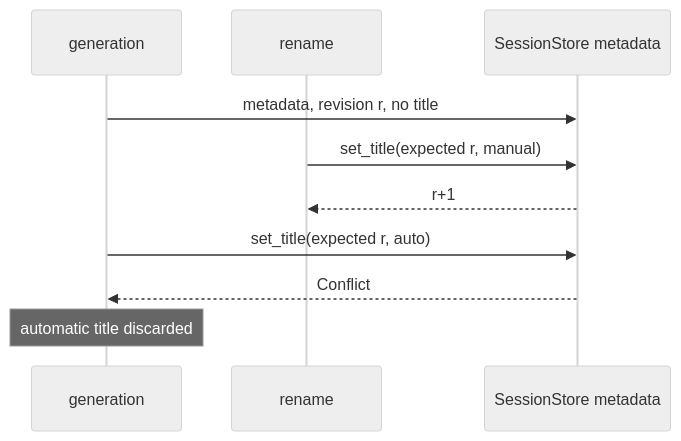
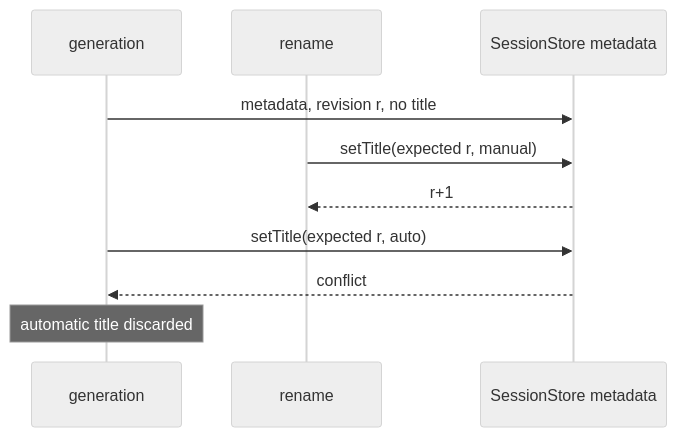
The fifth of 5 diagrams in docs/design/plugins/SessionTitle.md (CoutinhoTTS/dim-agent), drawn with Mermaid (neutral theme) before and after one commit. The commit also changed other lines of this file and 3 other files, not shown here.

````diff
--- a/docs/design/plugins/SessionTitle.md
+++ b/docs/design/plugins/SessionTitle.md
@@ -107,12 +107,12 @@
 ```mermaid
 sequenceDiagram
   participant G as generation
   participant R as rename
   participant Meta as SessionStore metadata
   G->>Meta: metadata, revision r, no title
-  R->>Meta: set_title(expected r, manual)
+  R->>Meta: setTitle(expected r, manual)
   Meta-->>R: r+1
-  G->>Meta: set_title(expected r, auto)
-  Meta-->>G: Conflict
+  G->>Meta: setTitle(expected r, auto)
+  Meta-->>G: conflict
   Note over G: automatic title discarded
 ```
````
